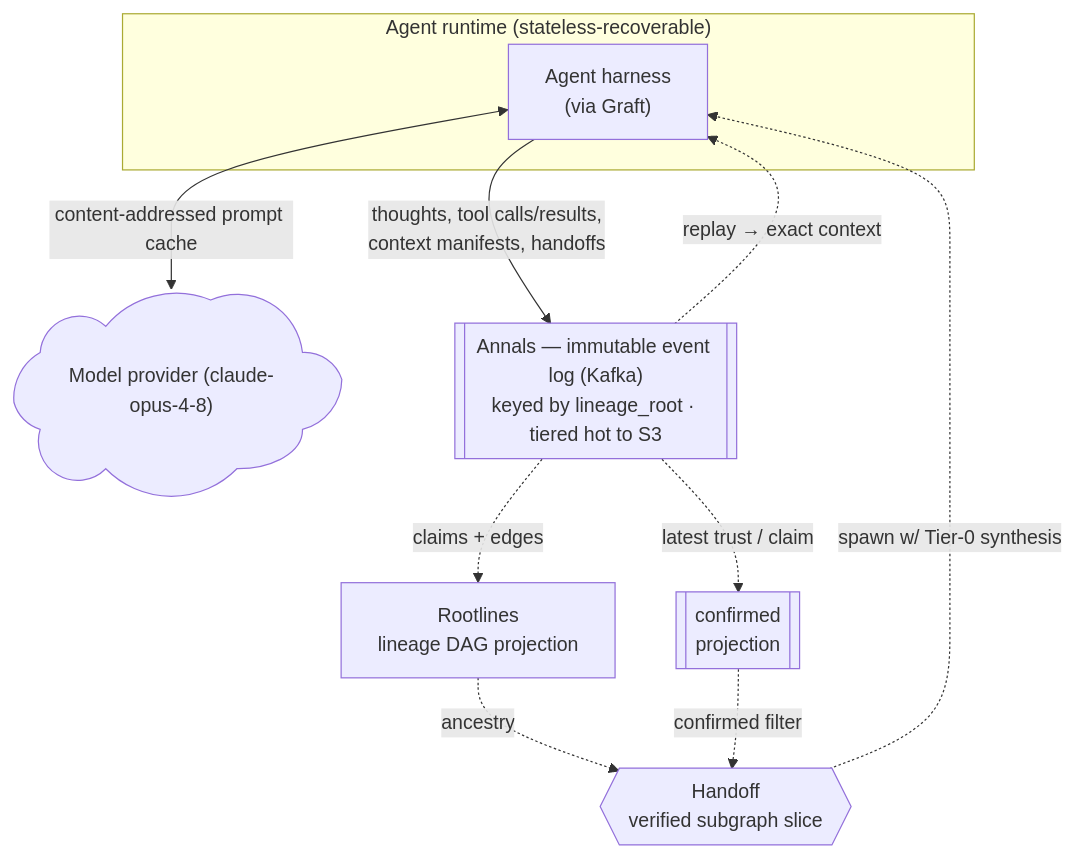
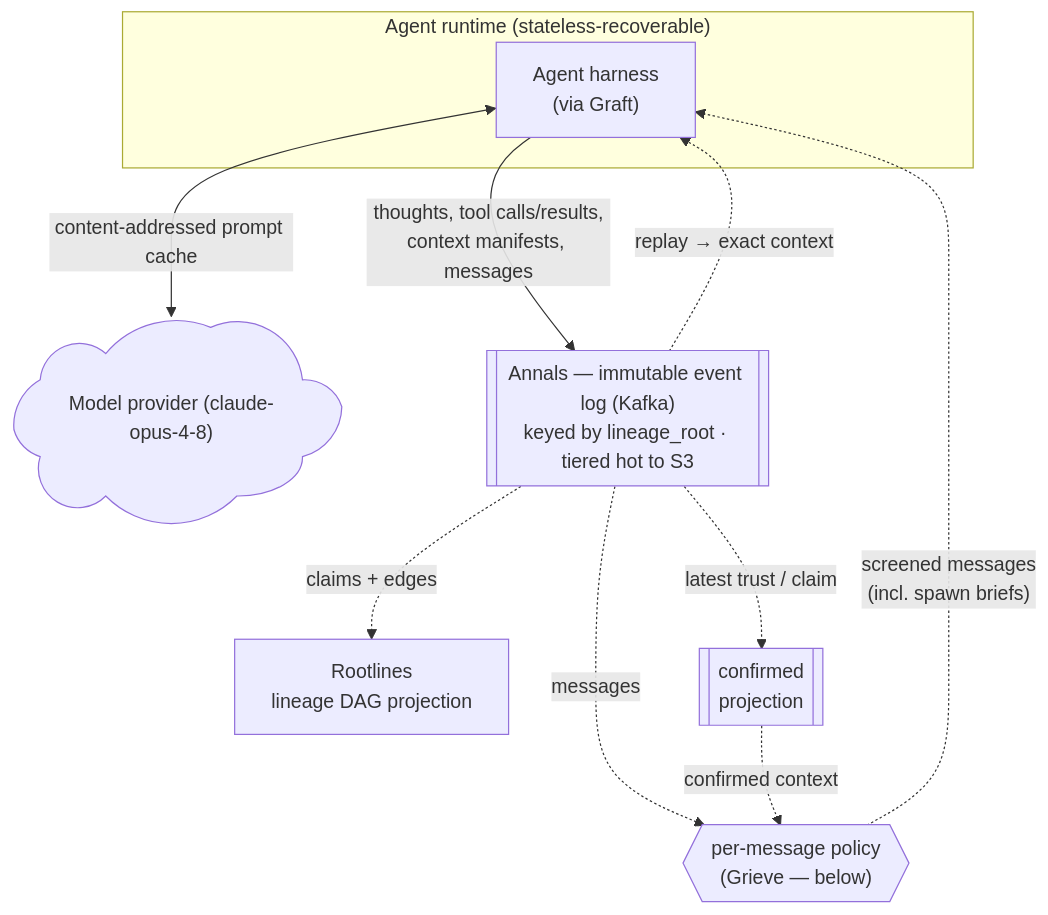
The first of 3 diagrams in knowledge/ARCHITECTURE.md (bitcomplete/wolfgang), drawn with Mermaid before and after one commit. The commit also changed other lines of this file and 7 other files, not shown here.

````diff
--- a/knowledge/ARCHITECTURE.md
+++ b/knowledge/ARCHITECTURE.md
@@ -41,18 +43,18 @@
 ```mermaid
 flowchart TB
   LLM@{ shape: cloud, label: "Model provider (claude-opus-4-8)" }
   subgraph RT["Agent runtime (stateless-recoverable)"]
     AGENT["Agent harness<br/>(via Graft)"]
   end
   AGENT <-->|"content-addressed prompt cache"| LLM
 
   ANNALS[["Annals — immutable event log (Kafka)<br/>keyed by lineage_root · tiered hot to S3"]]
-  AGENT -->|"thoughts, tool calls/results,<br/>context manifests, handoffs"| ANNALS
+  AGENT -->|"thoughts, tool calls/results,<br/>context manifests, messages"| ANNALS
   ANNALS -.->|"replay → exact context"| AGENT
   ANNALS -.->|"claims + edges"| ROOT["Rootlines<br/>lineage DAG projection"]
 
   ANNALS -.->|"latest trust / claim"| CONF[["confirmed<br/>projection"]]
-  ROOT -.->|"ancestry"| HANDOFF{{"Handoff<br/>verified subgraph slice"}}
-  CONF -.->|"confirmed filter"| HANDOFF
-  HANDOFF -.->|"spawn w/ Tier-0 synthesis"| AGENT
+  ANNALS -.->|"messages"| SCREEN{{"per-message policy<br/>(Grieve — below)"}}
+  CONF -.->|"confirmed context"| SCREEN
+  SCREEN -.->|"screened messages<br/>(incl. spawn briefs)"| AGENT
 ```
````
